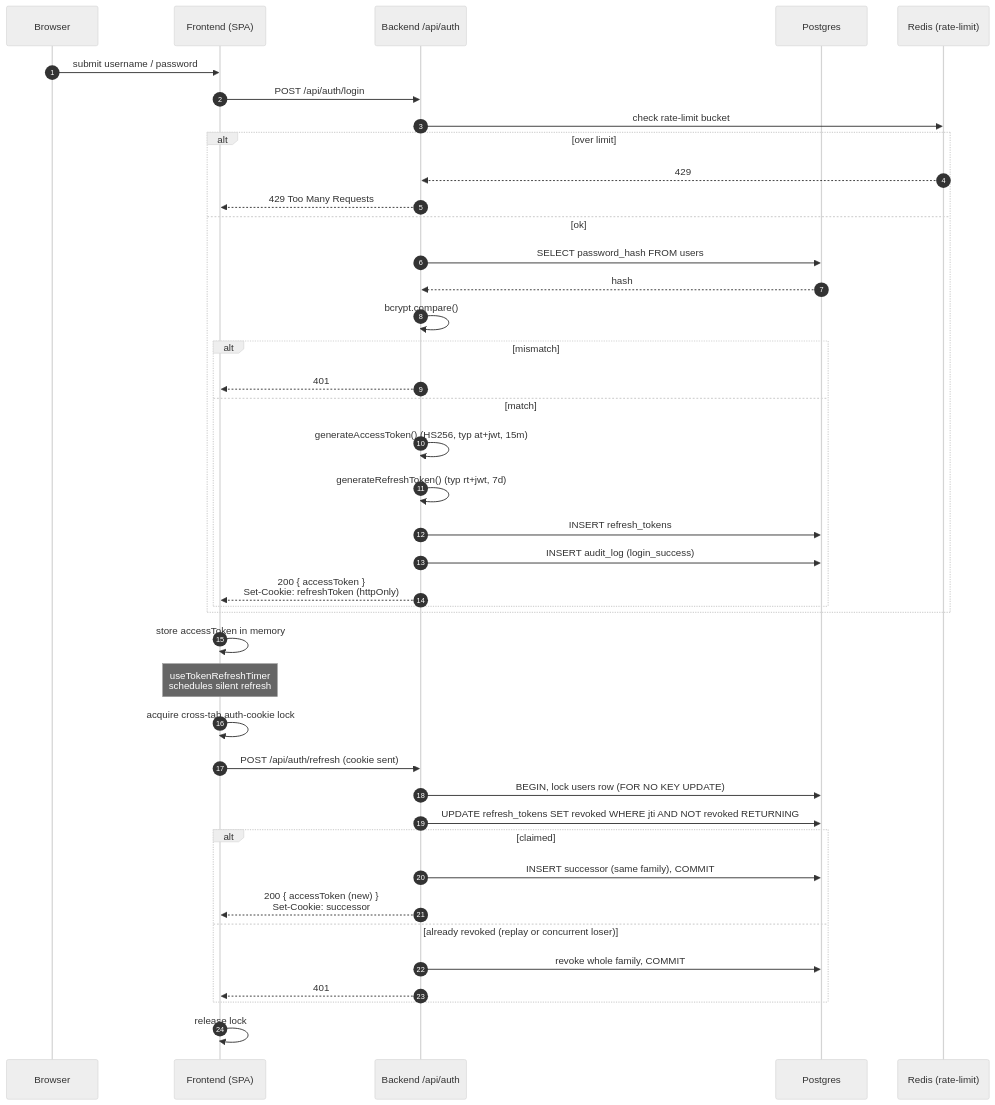
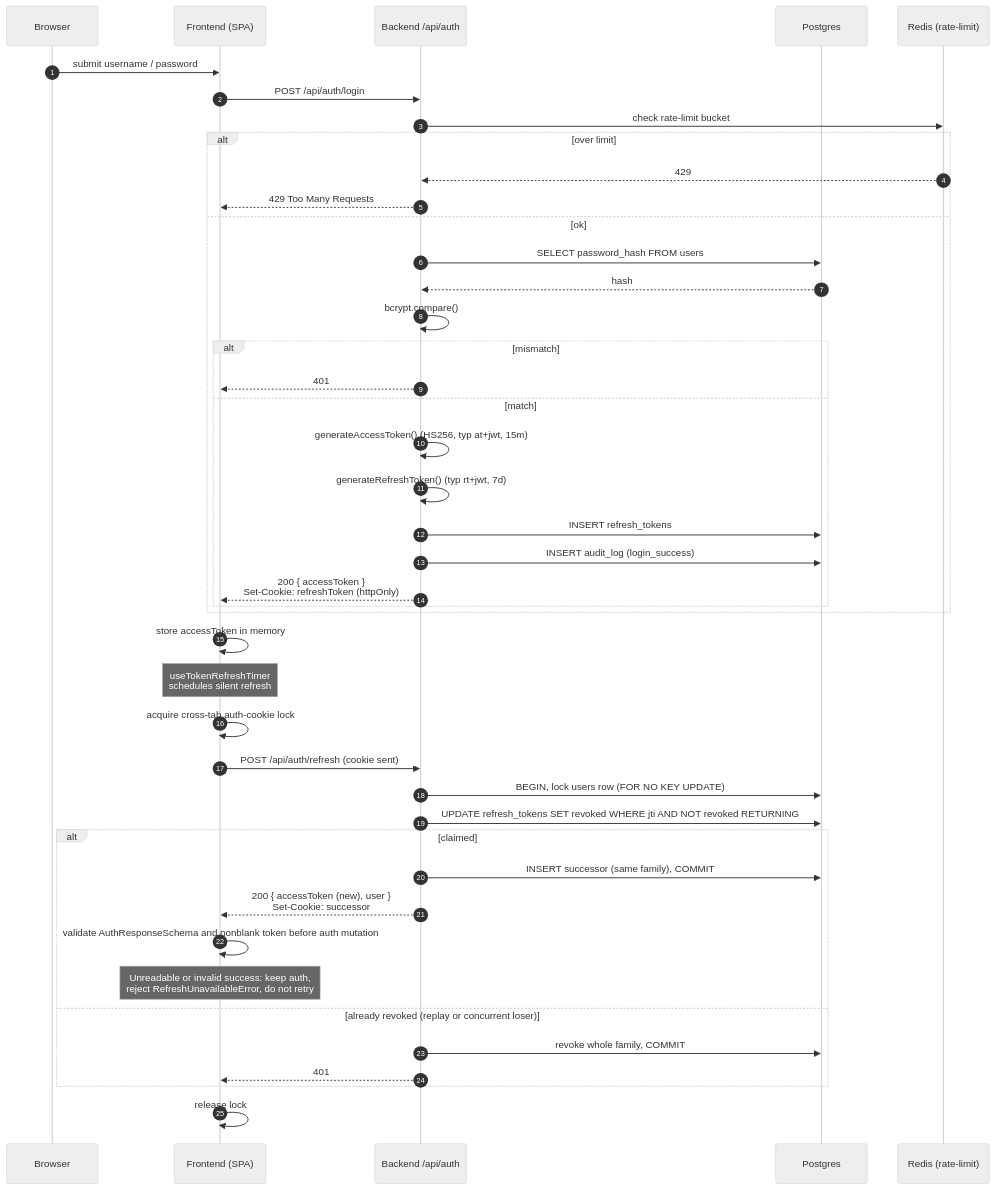
Before and after one commit to Compendiq/compendiq-ce: the first of 4 diagrams in docs/architecture/07-flow-auth.md, drawn with Mermaid (neutral theme). The commit also changed other lines of this file and 10 other files, not shown here.

Commit message:
fix(auth): preserve session on invalid refresh success (#1800)

````diff
--- a/docs/architecture/07-flow-auth.md
+++ b/docs/architecture/07-flow-auth.md
@@ -11,45 +11,47 @@
 ```mermaid
 sequenceDiagram
     autonumber
     participant B as Browser
     participant FE as Frontend (SPA)
     participant BE as Backend /api/auth
     participant DB as Postgres
     participant RL as Redis (rate-limit)
 
     B->>FE: submit username / password
     FE->>BE: POST /api/auth/login
     BE->>RL: check rate-limit bucket
     alt over limit
         RL-->>BE: 429
         BE-->>FE: 429 Too Many Requests
     else ok
         BE->>DB: SELECT password_hash FROM users
         DB-->>BE: hash
         BE->>BE: bcrypt.compare()
         alt mismatch
             BE-->>FE: 401
         else match
             BE->>BE: generateAccessToken() (HS256, typ at+jwt, 15m)
             BE->>BE: generateRefreshToken() (typ rt+jwt, 7d)
             BE->>DB: INSERT refresh_tokens
             BE->>DB: INSERT audit_log (login_success)
             BE-->>FE: 200 { accessToken }<br/>Set-Cookie: refreshToken (httpOnly)
         end
     end
 
     FE->>FE: store accessToken in memory
     Note over FE: useTokenRefreshTimer<br/>schedules silent refresh
     FE->>FE: acquire cross-tab auth-cookie lock
     FE->>BE: POST /api/auth/refresh (cookie sent)
     BE->>DB: BEGIN, lock users row (FOR NO KEY UPDATE)
     BE->>DB: UPDATE refresh_tokens SET revoked WHERE jti AND NOT revoked RETURNING
     alt claimed
         BE->>DB: INSERT successor (same family), COMMIT
-        BE-->>FE: 200 { accessToken (new) }<br/>Set-Cookie: successor
+        BE-->>FE: 200 { accessToken (new), user }<br/>Set-Cookie: successor
+        FE->>FE: validate AuthResponseSchema and nonblank token before auth mutation
+        Note over FE: Unreadable or invalid success: keep auth,<br/>reject RefreshUnavailableError, do not retry
     else already revoked (replay or concurrent loser)
         BE->>DB: revoke whole family, COMMIT
         BE-->>FE: 401
     end
     FE->>FE: release lock
 ```
````
